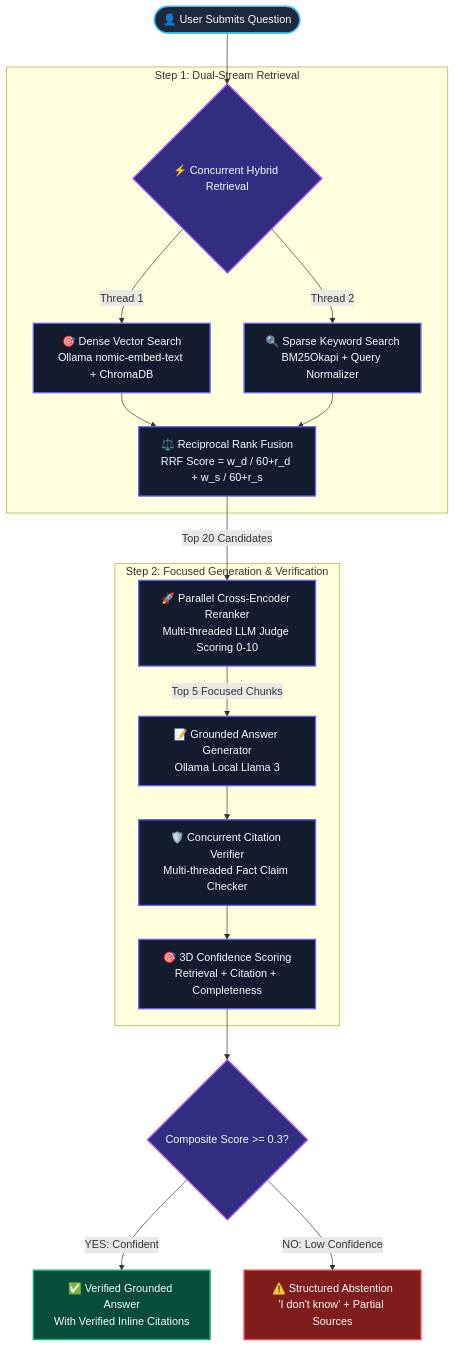
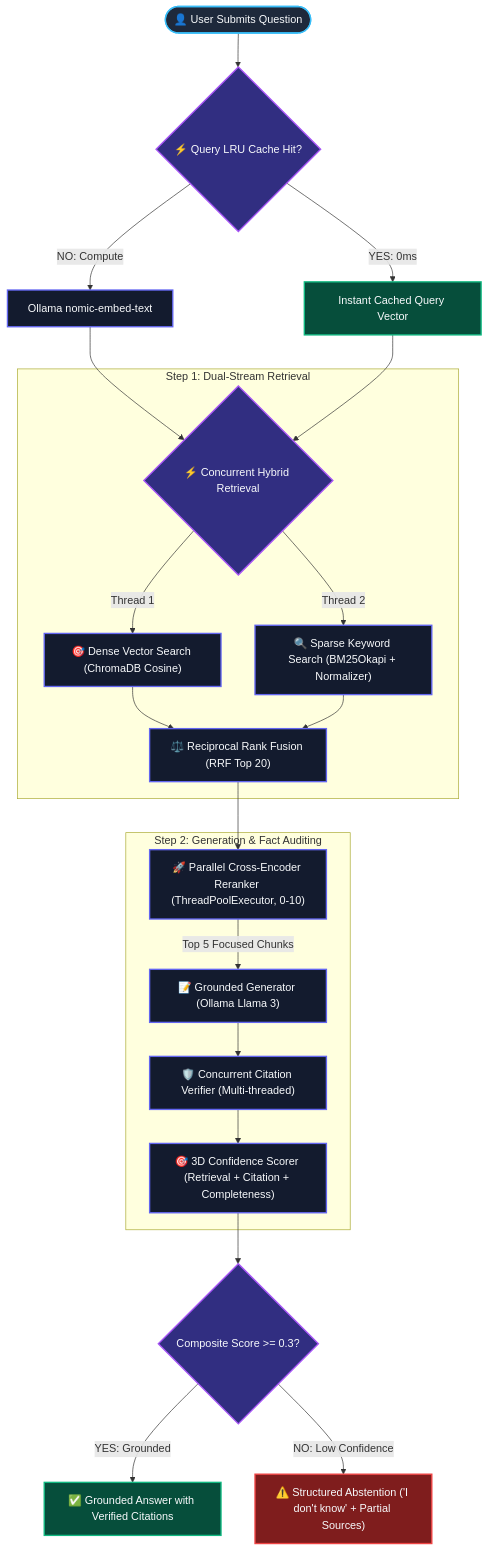
One commit to Gunjannnn30/RAG-Pipeline-Hybrid-Search changed the first of 2 diagrams in README.md. Above: the diagram before and after it, drawn with Mermaid. The commit also changed other lines of this file, not shown here.

Commit message:
docs: complete production README with live Cloudflare badge, 10 deep-dive technical interview Q&As, and architecture diagrams

````diff
--- a/README.md
+++ b/README.md
@@ -67,29 +83,34 @@
 ```mermaid
 flowchart TD
     classDef input fill:#1e293b,stroke:#38bdf8,stroke-width:2px,color:#f8fafc;
     classDef process fill:#131b2e,stroke:#6366f1,stroke-width:2px,color:#f8fafc;
     classDef decision fill:#312e81,stroke:#a855f7,stroke-width:2px,color:#f8fafc;
     classDef success fill:#064e3b,stroke:#10b981,stroke-width:2px,color:#f8fafc;
     classDef failure fill:#7f1d1d,stroke:#ef4444,stroke-width:2px,color:#f8fafc;
 
-    User([👤 User Submits Question]):::input --> ParallelRetrieval{⚡ Concurrent Hybrid Retrieval}:::decision
+    User([👤 User Submits Question]):::input --> CacheCheck{⚡ Query LRU Cache Hit?}:::decision
+    CacheCheck -->|YES: 0ms| CachedEmbedding[Instant Cached Query Vector]:::success
+    CacheCheck -->|NO: Compute| GenEmbedding[Ollama nomic-embed-text]:::process
+    
+    GenEmbedding --> ParallelRetrieval{⚡ Concurrent Hybrid Retrieval}:::decision
+    CachedEmbedding --> ParallelRetrieval
 
-    subgraph RetrievalLayer [Step 1: Dual-Stream Retrieval]
-        ParallelRetrieval -->|Thread 1| DenseSearch[🎯 Dense Vector Search<br/>Ollama nomic-embed-text + ChromaDB]:::process
-        ParallelRetrieval -->|Thread 2| SparseSearch[🔍 Sparse Keyword Search<br/>BM25Okapi + Query Normalizer]:::process
-        DenseSearch --> RRF[⚖️ Reciprocal Rank Fusion<br/>RRF Score = w_d / 60+r_d + w_s / 60+r_s]:::process
+    subgraph RetrievalLayer ["Step 1: Dual-Stream Retrieval"]
+        ParallelRetrieval -->|Thread 1| DenseSearch["🎯 Dense Vector Search (ChromaDB Cosine)"]:::process
+        ParallelRetrieval -->|Thread 2| SparseSearch["🔍 Sparse Keyword Search (BM25Okapi + Normalizer)"]:::process
+        DenseSearch --> RRF["⚖️ Reciprocal Rank Fusion (RRF Top 20)"]:::process
         SparseSearch --> RRF
     end
 
-    RRF -->|Top 20 Candidates| Reranker[🚀 Parallel Cross-Encoder Reranker<br/>Multi-threaded LLM Judge Scoring 0-10]:::process
+    RRF --> Reranker["🚀 Parallel Cross-Encoder Reranker (ThreadPoolExecutor, 0-10)"]:::process
 
-    subgraph GenerationLayer [Step 2: Focused Generation & Verification]
-        Reranker -->|Top 5 Focused Chunks| Generator[📝 Grounded Answer Generator<br/>Ollama Local Llama 3]:::process
-        Generator --> Verifier[🛡️ Concurrent Citation Verifier<br/>Multi-threaded Fact Claim Checker]:::process
-        Verifier --> Scorer[🎯 3D Confidence Scoring<br/>Retrieval + Citation + Completeness]:::process
+    subgraph GenerationLayer ["Step 2: Generation & Fact Auditing"]
+        Reranker -->|Top 5 Focused Chunks| Generator["📝 Grounded Generator (Ollama Llama 3)"]:::process
+        Generator --> Verifier["🛡️ Concurrent Citation Verifier (Multi-threaded)"]:::process
+        Verifier --> Scorer["🎯 3D Confidence Scorer (Retrieval + Citation + Completeness)"]:::process
     end
 
     Scorer --> CheckScore{Composite Score >= 0.3?}:::decision
-    CheckScore -->|YES: Confident| GroundedAnswer[✅ Verified Grounded Answer<br/>With Verified Inline Citations]:::success
-    CheckScore -->|NO: Low Confidence| Abstain[⚠️ Structured Abstention<br/>'I don't know' + Partial Sources]:::failure
+    CheckScore -->|YES: Grounded| GroundedAnswer["✅ Grounded Answer with Verified Citations"]:::success
+    CheckScore -->|NO: Low Confidence| Abstain["⚠️ Structured Abstention ('I don't know' + Partial Sources)"]:::failure
 ```
````
